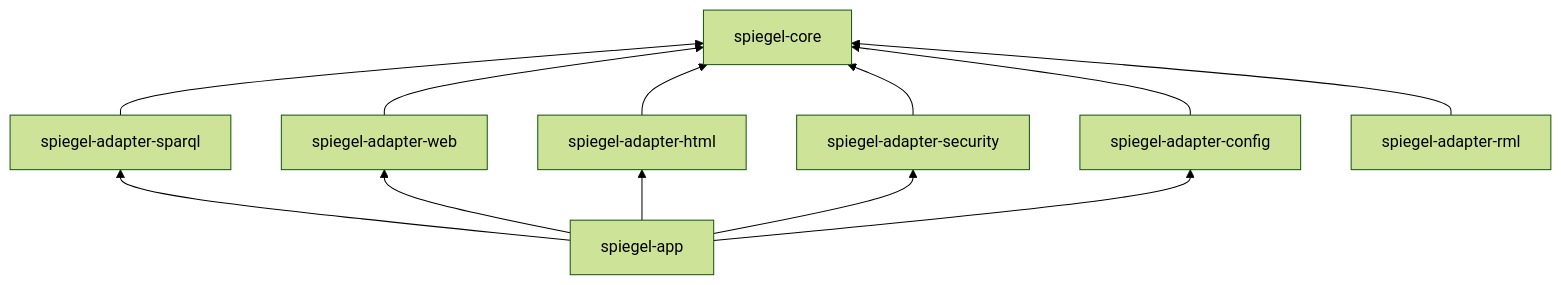
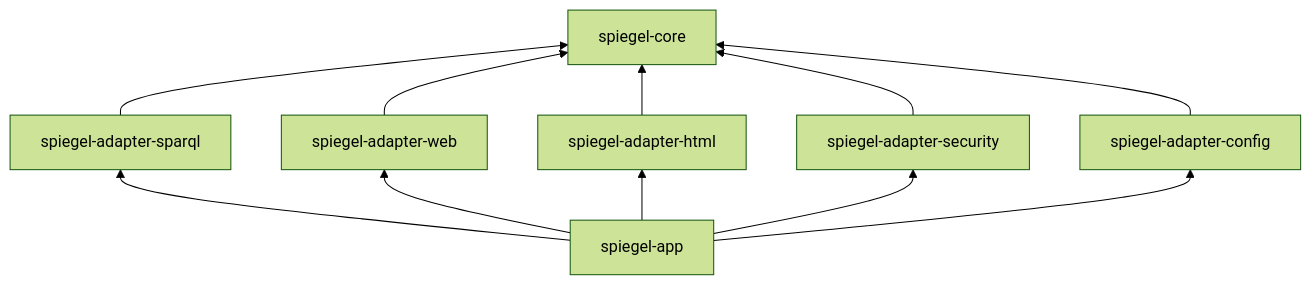
The diagram in docs/analysis/05-architecture/module-structure.md (milieuinfo/SPieGeL), drawn with Mermaid (forest theme) before and after one commit. The commit also changed other lines of this file and 33 other files, not shown here.

````diff
--- a/docs/analysis/05-architecture/module-structure.md
+++ b/docs/analysis/05-architecture/module-structure.md
@@ -19,11 +18,10 @@
 ```mermaid
 flowchart BT
     core[spiegel-core]
     sparql[spiegel-adapter-sparql] --> core
     web[spiegel-adapter-web] --> core
     html[spiegel-adapter-html] --> core
     sec[spiegel-adapter-security] --> core
     cfg[spiegel-adapter-config] --> core
-    rml[spiegel-adapter-rml] --> core
     app[spiegel-app] --> sparql & web & html & sec & cfg
 ```
````
